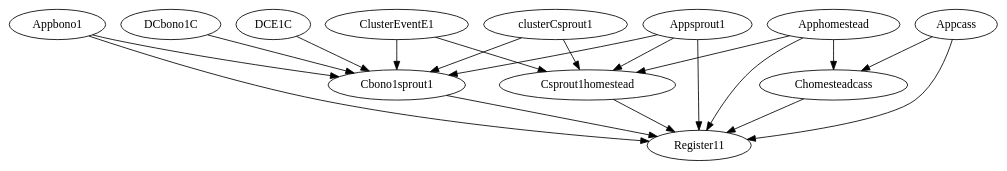
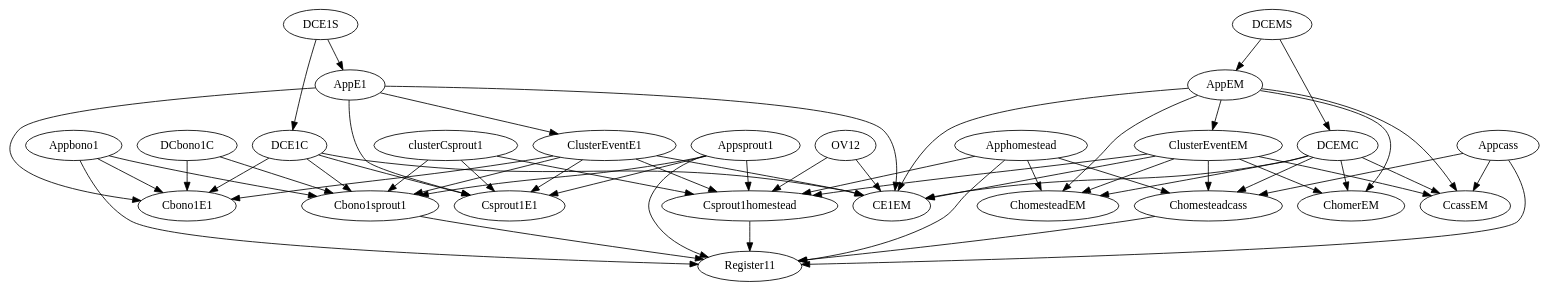
The diagram in test.dot (cherrared/FaultGraphExplorer), drawn with Graphviz before and after one commit. The commit also changed 7 other files, not shown here.

```diff
--- a/test.dot
+++ b/test.dot
@@ -1,58 +1,135 @@
 strict digraph "" {
+	CcassEM	 [SF=0,
+		T=1,
+		n=2];
 	Appbono1	 [SF=0,
-		T=0,
+		T=1,
 		n=2];
 	Register11	 [SF=0,
 		T=1,
 		n=3];
 	Appbono1 -> Register11	 [at=1];
 	Cbono1sprout1	 [SF=0,
 		T=1,
 		n=2];
 	Appbono1 -> Cbono1sprout1	 [at=1];
-	Apphomestead	 [SF=0,
+	Cbono1E1	 [SF=0,
+		T=1,
+		n=2];
+	Appbono1 -> Cbono1E1	 [at=1];
+	DCEMS	 [SF=1,
+		T=1,
+		n=1];
+	DCEMC	 [SF=1,
+		T=1,
+		n=1];
+	DCEMS -> DCEMC	 [at=2];
+	AppEM	 [SF=0,
+		T=1,
+		n=2];
+	DCEMS -> AppEM	 [at=2];
+	Csprout1E1	 [SF=0,
+		T=1,
+		n=2];
+	AppE1	 [SF=0,
+		T=1,
+		n=2];
+	AppE1 -> Csprout1E1	 [at=1];
+	CE1EM	 [SF=0,
+		T=1,
+		n=2];
+	AppE1 -> CE1EM	 [at=1];
+	ClusterEventE1	 [SF=0,
 		T=0,
 		n=2];
+	AppE1 -> ClusterEventE1	 [at=0];
+	AppE1 -> Cbono1E1	 [at=1];
+	ClusterEventEM	 [SF=0,
+		T=0,
+		n=2];
+	ClusterEventEM -> CcassEM	 [at=1];
+	ClusterEventEM -> CE1EM	 [at=1];
+	Csprout1homestead	 [SF=0,
+		T=1,
+		n=2];
+	ClusterEventEM -> Csprout1homestead	 [at=1];
+	ChomesteadEM	 [SF=0,
+		T=1,
+		n=2];
+	ClusterEventEM -> ChomesteadEM	 [at=1];
 	Chomesteadcass	 [SF=0,
 		T=1,
 		n=2];
-	Apphomestead -> Chomesteadcass	 [at=1];
-	Apphomestead -> Register11	 [at=1];
-	Csprout1homestead	 [SF=0,
+	ClusterEventEM -> Chomesteadcass	 [at=1];
+	ChomerEM	 [SF=0,
 		T=1,
 		n=2];
-	Apphomestead -> Csprout1homestead	 [at=1];
-	Appsprout1	 [SF=0,
-		T=0,
-		n=2];
-	Appsprout1 -> Register11	 [at=1];
-	Appsprout1 -> Cbono1sprout1	 [at=1];
-	Appsprout1 -> Csprout1homestead	 [at=1];
-	Chomesteadcass -> Register11	 [at=1];
-	Appcass	 [SF=0,
-		T=0,
-		n=2];
-	Appcass -> Chomesteadcass	 [at=1];
-	Appcass -> Register11	 [at=1];
-	ClusterEventE1	 [SF=1,
-		T=0,
-		n=2];
-	ClusterEventE1 -> Cbono1sprout1	 [at=1];
-	ClusterEventE1 -> Csprout1homestead	 [at=1];
+	ClusterEventEM -> ChomerEM	 [at=1];
 	clusterCsprout1	 [SF=0,
 		T=0,
 		at=0,
 		n=2];
+	clusterCsprout1 -> Csprout1E1	 [at=1];
+	clusterCsprout1 -> Csprout1homestead	 [at=1];
 	clusterCsprout1 -> Cbono1sprout1	 [at=1];
-	clusterCsprout1 -> Csprout1homestead	 [at=1];
 	DCbono1C	 [SF=1,
 		T=1,
 		n=1];
 	DCbono1C -> Cbono1sprout1	 [at=1];
-	Cbono1sprout1 -> Register11	 [at=1];
+	DCbono1C -> Cbono1E1	 [at=1];
+	DCEMC -> CcassEM	 [at=1];
+	DCEMC -> CE1EM	 [at=1];
+	DCEMC -> ChomesteadEM	 [at=1];
+	DCEMC -> Chomesteadcass	 [at=1];
+	DCEMC -> ChomerEM	 [at=1];
+	Apphomestead	 [SF=0,
+		T=1,
+		n=2];
+	Apphomestead -> Register11	 [at=1];
+	Apphomestead -> Csprout1homestead	 [at=1];
+	Apphomestead -> ChomesteadEM	 [at=1];
+	Apphomestead -> Chomesteadcass	 [at=1];
+	Appsprout1	 [SF=0,
+		T=1,
+		n=2];
+	Appsprout1 -> Csprout1E1	 [at=1];
+	Appsprout1 -> Register11	 [at=1];
+	Appsprout1 -> Csprout1homestead	 [at=1];
+	Appsprout1 -> Cbono1sprout1	 [at=1];
+	Appcass	 [SF=0,
+		T=1,
+		n=2];
+	Appcass -> CcassEM	 [at=1];
+	Appcass -> Register11	 [at=1];
+	Appcass -> Chomesteadcass	 [at=1];
+	OV12	 [SF=0,
+		T=0,
+		n=1];
+	OV12 -> CE1EM	 [at=1];
+	OV12 -> Csprout1homestead	 [at=1];
 	Csprout1homestead -> Register11	 [at=1];
+	DCE1S	 [SF=1,
+		T=1,
+		n=1];
+	DCE1S -> AppE1	 [at=2];
 	DCE1C	 [SF=1,
 		T=1,
 		n=1];
+	DCE1S -> DCE1C	 [at=2];
+	DCE1C -> Csprout1E1	 [at=1];
+	DCE1C -> CE1EM	 [at=1];
 	DCE1C -> Cbono1sprout1	 [at=1];
+	DCE1C -> Cbono1E1	 [at=1];
+	Chomesteadcass -> Register11	 [at=1];
+	ClusterEventE1 -> Csprout1E1	 [at=1];
+	ClusterEventE1 -> CE1EM	 [at=1];
+	ClusterEventE1 -> Csprout1homestead	 [at=1];
+	ClusterEventE1 -> Cbono1sprout1	 [at=1];
+	ClusterEventE1 -> Cbono1E1	 [at=1];
+	AppEM -> CcassEM	 [at=1];
+	AppEM -> ClusterEventEM	 [at=0];
+	AppEM -> CE1EM	 [at=1];
+	AppEM -> ChomesteadEM	 [at=1];
+	AppEM -> ChomerEM	 [at=1];
+	Cbono1sprout1 -> Register11	 [at=1];
 }
```
